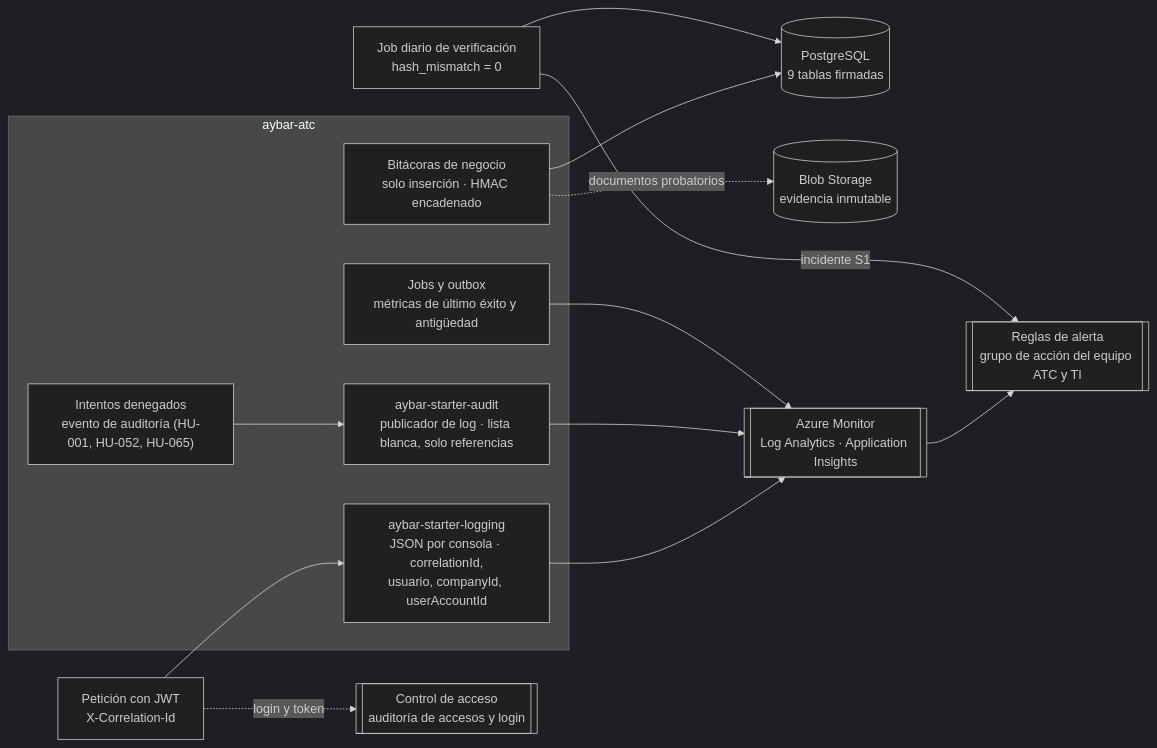
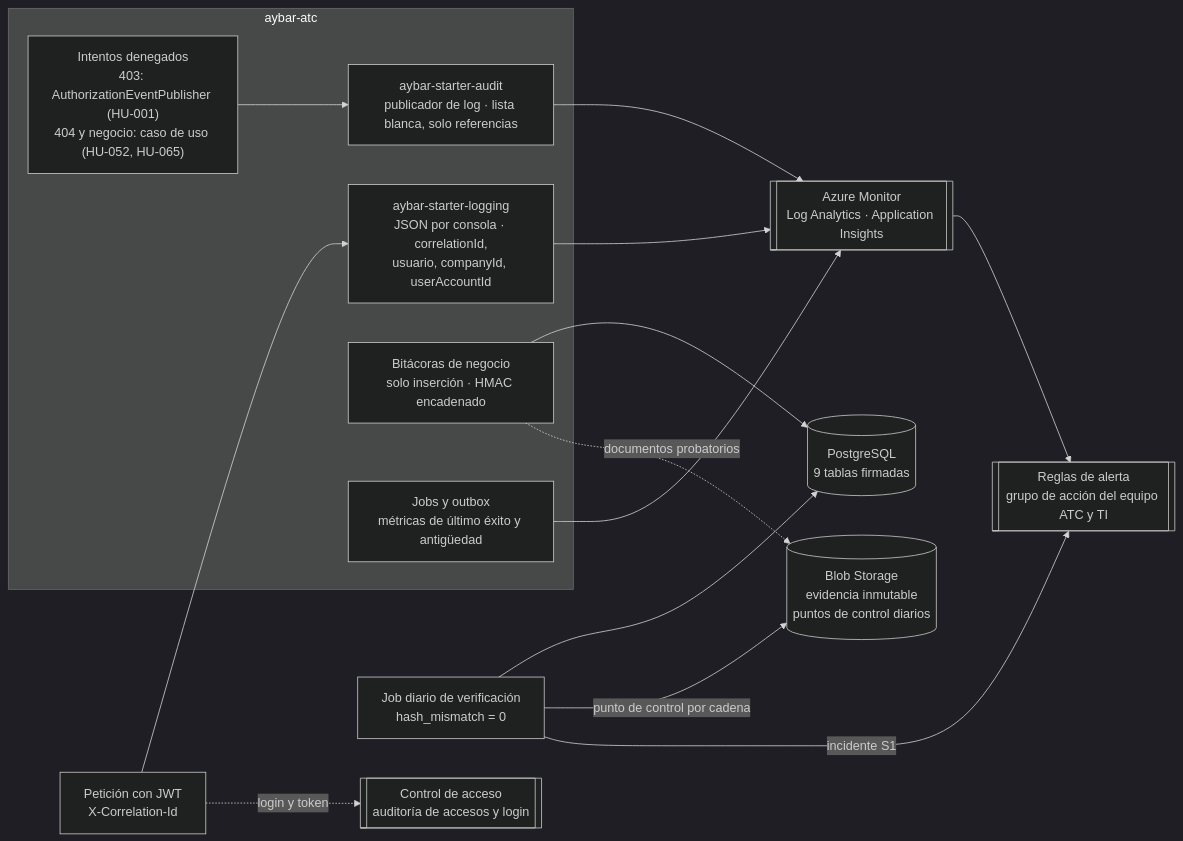
The fifth of 5 diagrams in propuesta-po/documentacion/paquete-definir-etapa1-v1.3/arquitectura/diagrama-arquitectura.md (michel-poma-huachihuaco/tyc-mockup), drawn with Mermaid (dark theme) before and after one commit. The commit also changed other lines of this file and 54 other files, not shown here.

````diff
--- a/propuesta-po/documentacion/paquete-definir-etapa1-v1.3/arquitectura/diagrama-arquitectura.md
+++ b/propuesta-po/documentacion/paquete-definir-etapa1-v1.3/arquitectura/diagrama-arquitectura.md
@@ -257,28 +265,29 @@
 ```mermaid
 flowchart LR
   req["Petición con JWT<br/>X-Correlation-Id"]
   subgraph svc["aybar-atc"]
     log["aybar-starter-logging<br/>JSON por consola · correlationId,<br/>usuario, companyId, userAccountId"]
     aud["aybar-starter-audit<br/>publicador de log · lista blanca, solo referencias"]
-    deny["Intentos denegados<br/>evento de auditoría (HU-001, HU-052, HU-065)"]
+    deny["Intentos denegados<br/>403: AuthorizationEventPublisher (HU-001)<br/>404 y negocio: caso de uso (HU-052, HU-065)"]
     bit["Bitácoras de negocio<br/>solo inserción · HMAC encadenado"]
     jobs["Jobs y outbox<br/>métricas de último éxito y antigüedad"]
   end
   pg[("PostgreSQL<br/>9 tablas firmadas")]
-  blob[("Blob Storage<br/>evidencia inmutable")]
+  blob[("Blob Storage<br/>evidencia inmutable<br/>puntos de control diarios")]
   la[["Azure Monitor<br/>Log Analytics · Application Insights"]]
   alert[["Reglas de alerta<br/>grupo de acción del equipo ATC y TI"]]
   ver["Job diario de verificación<br/>hash_mismatch = 0"]
   ctrl[["Control de acceso<br/>auditoría de accesos y login"]]
   req --> log
   log --> la
   aud --> la
   deny --> aud
   jobs --> la
   la --> alert
   bit --> pg
   ver --> pg
+  ver -- "punto de control por cadena" --> blob
   ver -- "incidente S1" --> alert
   bit -. "documentos probatorios" .-> blob
   req -. "login y token" .-> ctrl
 ```
````
